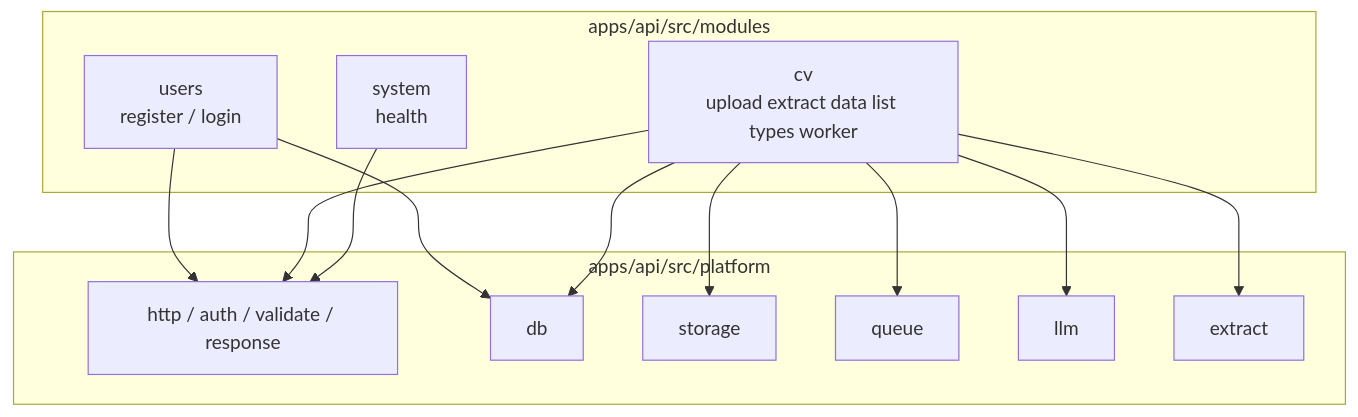
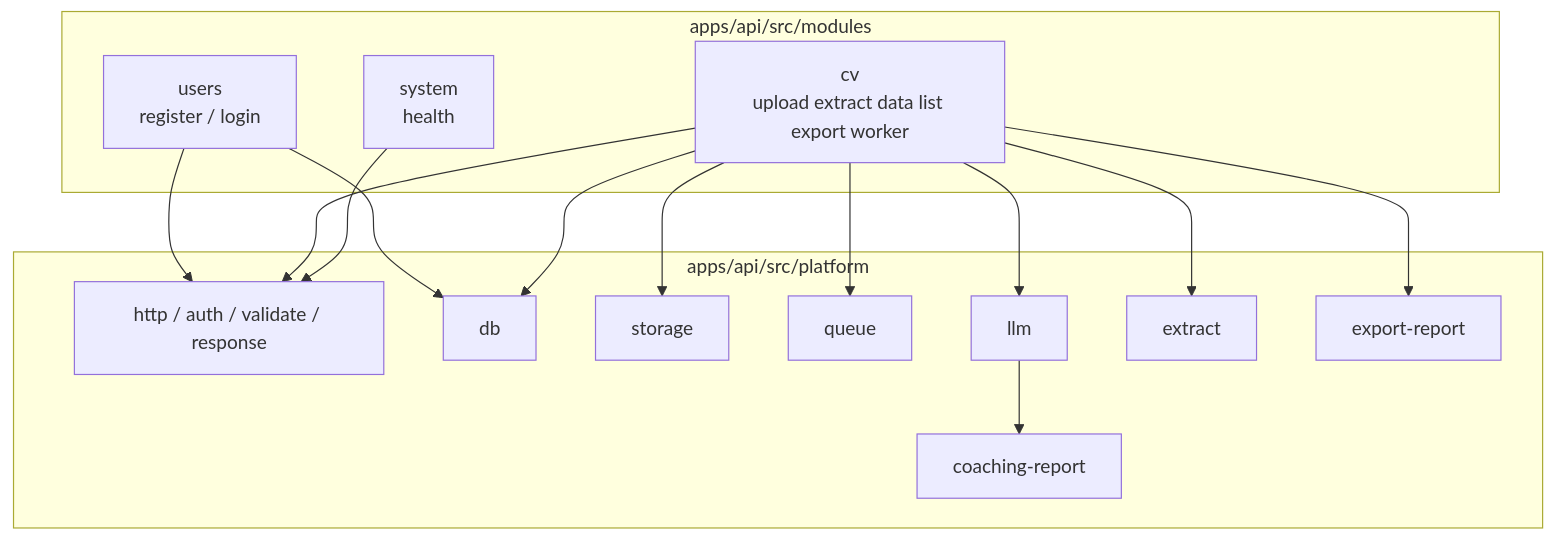
The second of 3 diagrams in documents/architecture/logical.md (nguyentantai21042004/co3065-advanced-software-engineering), drawn with Mermaid before and after one commit. The commit also changed other lines of this file and 16 other files, not shown here.

First line of the commit message:
feat: coaching report with PDF/Word export on CV results

````diff
--- a/documents/architecture/logical.md
+++ b/documents/architecture/logical.md
@@ -50,27 +53,31 @@
 ```mermaid
 flowchart TB
   subgraph api["apps/api/src/modules"]
     users["users<br/>register / login"]
-    cv["cv<br/>upload extract data list types worker"]
+    cv["cv<br/>upload extract data list export worker"]
     system["system<br/>health"]
   end
 
   subgraph platform["apps/api/src/platform"]
     http["http / auth / validate / response"]
     db["db"]
     store["storage"]
     q["queue"]
     llm["llm"]
     extract["extract"]
+    coach["coaching-report"]
+    exp["export-report"]
   end
 
   users --> http
   cv --> http
   system --> http
   users --> db
   cv --> db
   cv --> store
   cv --> q
   cv --> llm
   cv --> extract
+  llm --> coach
+  cv --> exp
 ```
````
